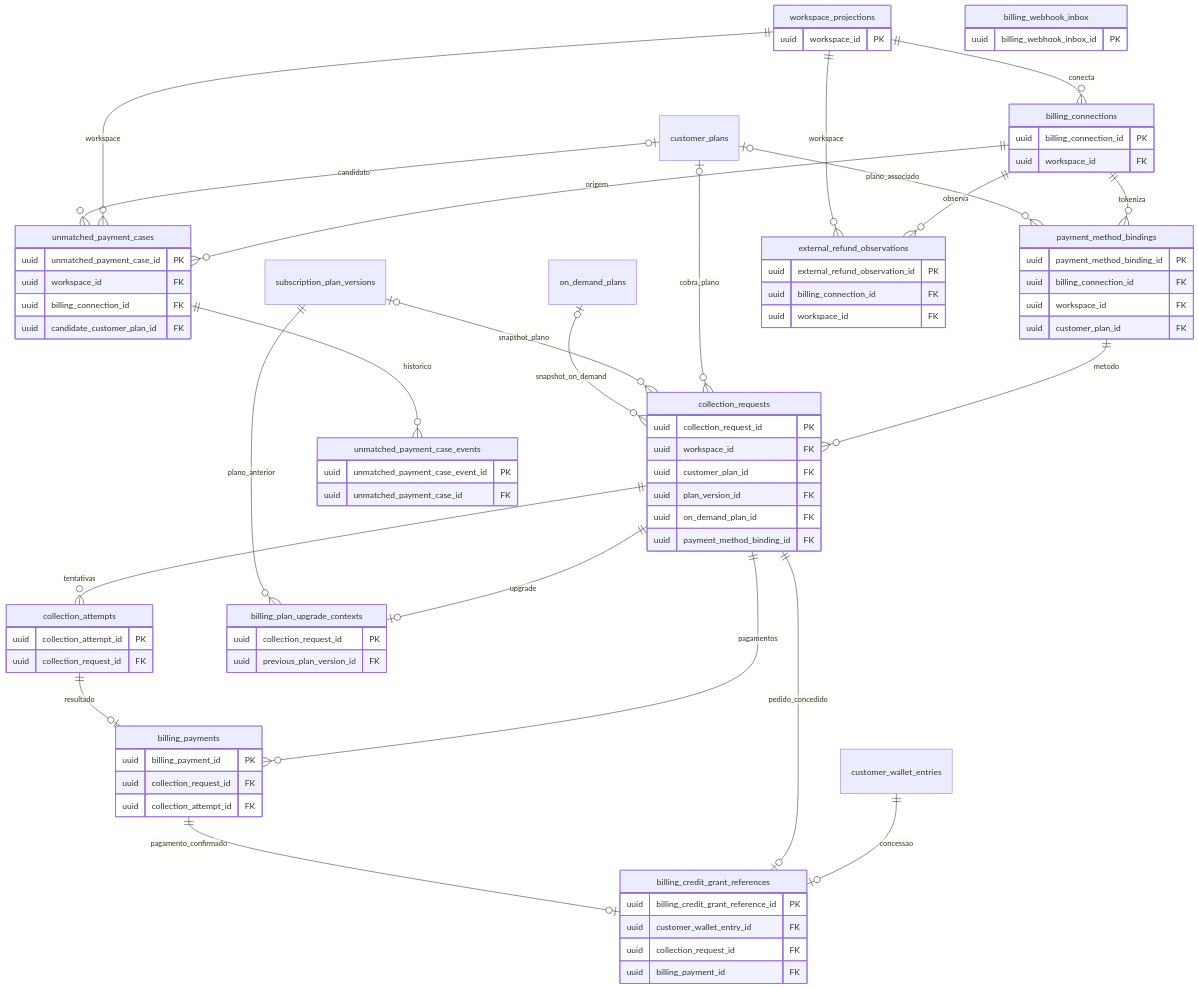
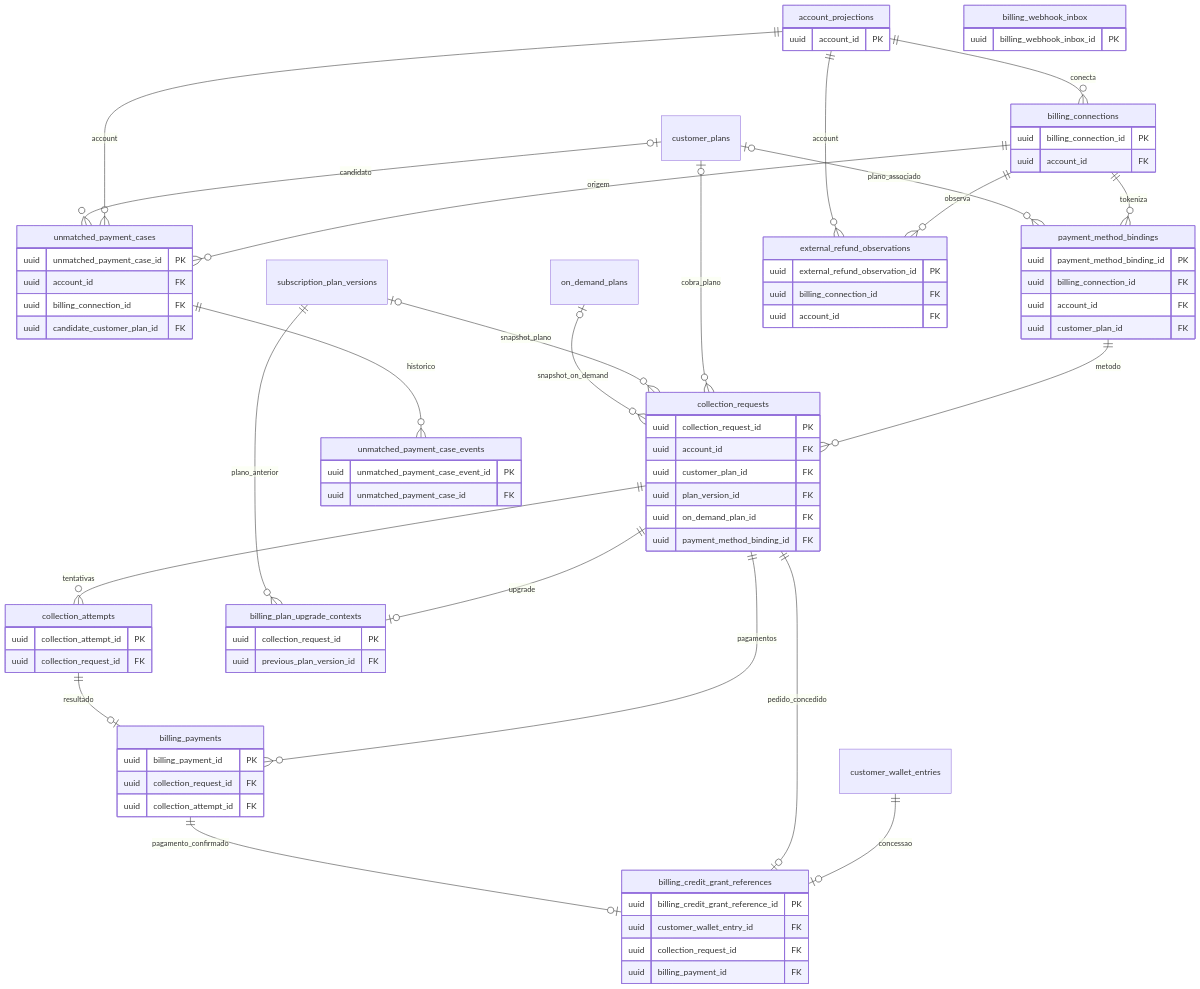
The eighth of 8 diagrams in docs/modelo-de-dados.md (codephi/subscription), drawn with Mermaid before and after one commit. The commit also changed other lines of this file and 214 other files, not shown here.

Commit message:
Rename workspace domain to account

````diff
--- a/docs/modelo-de-dados.md
+++ b/docs/modelo-de-dados.md
@@ -356,82 +356,82 @@
 ```mermaid
 erDiagram
-    workspace_projections ||--o{ billing_connections : conecta
+    account_projections ||--o{ billing_connections : conecta
     billing_connections ||--o{ payment_method_bindings : tokeniza
     customer_plans o|--o{ payment_method_bindings : plano_associado
     payment_method_bindings ||--o{ collection_requests : metodo
     customer_plans o|--o{ collection_requests : cobra_plano
     subscription_plan_versions o|--o{ collection_requests : snapshot_plano
     on_demand_plans o|--o{ collection_requests : snapshot_on_demand
     collection_requests ||--o{ collection_attempts : tentativas
     collection_requests ||--o{ billing_payments : pagamentos
     collection_attempts ||--o| billing_payments : resultado
     customer_wallet_entries ||--o| billing_credit_grant_references : concessao
     collection_requests ||--o| billing_credit_grant_references : pedido_concedido
     billing_payments ||--o| billing_credit_grant_references : pagamento_confirmado
     billing_connections ||--o{ unmatched_payment_cases : origem
-    workspace_projections ||--o{ unmatched_payment_cases : workspace
+    account_projections ||--o{ unmatched_payment_cases : account
     customer_plans o|--o{ unmatched_payment_cases : candidato
     unmatched_payment_cases ||--o{ unmatched_payment_case_events : historico
     collection_requests ||--o| billing_plan_upgrade_contexts : upgrade
     subscription_plan_versions ||--o{ billing_plan_upgrade_contexts : plano_anterior
     billing_connections ||--o{ external_refund_observations : observa
-    workspace_projections ||--o{ external_refund_observations : workspace
-    workspace_projections {
-        uuid workspace_id PK
+    account_projections ||--o{ external_refund_observations : account
+    account_projections {
+        uuid account_id PK
     }
     billing_connections {
         uuid billing_connection_id PK
-        uuid workspace_id FK
+        uuid account_id FK
     }
     payment_method_bindings {
         uuid payment_method_binding_id PK
         uuid billing_connection_id FK
-        uuid workspace_id FK
+        uuid account_id FK
         uuid customer_plan_id FK
     }
     collection_requests {
         uuid collection_request_id PK
-        uuid workspace_id FK
+        uuid account_id FK
         uuid customer_plan_id FK
         uuid plan_version_id FK
         uuid on_demand_plan_id FK
         uuid payment_method_binding_id FK
     }
     collection_attempts {
         uuid collection_attempt_id PK
         uuid collection_request_id FK
     }
     billing_payments {
         uuid billing_payment_id PK
         uuid collection_request_id FK
         uuid collection_attempt_id FK
     }
     billing_webhook_inbox {
         uuid billing_webhook_inbox_id PK
     }
     billing_credit_grant_references {
         uuid billing_credit_grant_reference_id PK
         uuid customer_wallet_entry_id FK
         uuid collection_request_id FK
         uuid billing_payment_id FK
     }
     unmatched_payment_cases {
         uuid unmatched_payment_case_id PK
-        uuid workspace_id FK
+        uuid account_id FK
         uuid billing_connection_id FK
         uuid candidate_customer_plan_id FK
     }
     unmatched_payment_case_events {
         uuid unmatched_payment_case_event_id PK
         uuid unmatched_payment_case_id FK
     }
     billing_plan_upgrade_contexts {
         uuid collection_request_id PK
         uuid previous_plan_version_id FK
     }
     external_refund_observations {
         uuid external_refund_observation_id PK
         uuid billing_connection_id FK
-        uuid workspace_id FK
+        uuid account_id FK
     }
 ```
````
